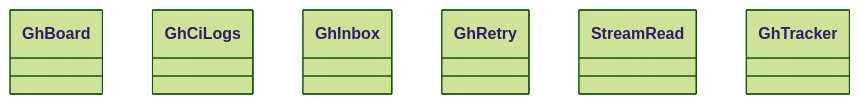
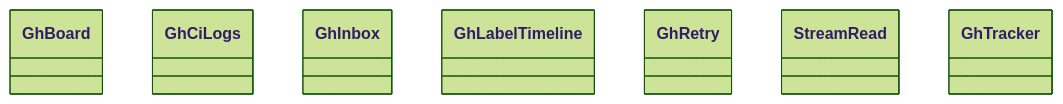
One commit to GonzaloZevallos/agentic-system changed the diagram in docs/architecture/generated/classes-process-adapters-github.md. Above: the diagram before and after it, drawn with Mermaid (forest theme). The commit also changed 15 other files, not shown here.

Commit message:
Regenerate architecture pages and cluster domain.lead_time

````diff
--- a/docs/architecture/generated/classes-process-adapters-github.md
+++ b/docs/architecture/generated/classes-process-adapters-github.md
@@ -11,9 +11,10 @@
 ```mermaid
 classDiagram
     class github__board__GhBoard["GhBoard"]
     class github__ci_logs__GhCiLogs["GhCiLogs"]
     class github__inbox__GhInbox["GhInbox"]
+    class github__label_timeline__GhLabelTimeline["GhLabelTimeline"]
     class github__run__GhRetry["GhRetry"]
     class github__run__StreamRead["StreamRead"]
     class github__tracker__GhTracker["GhTracker"]
 ```
````
